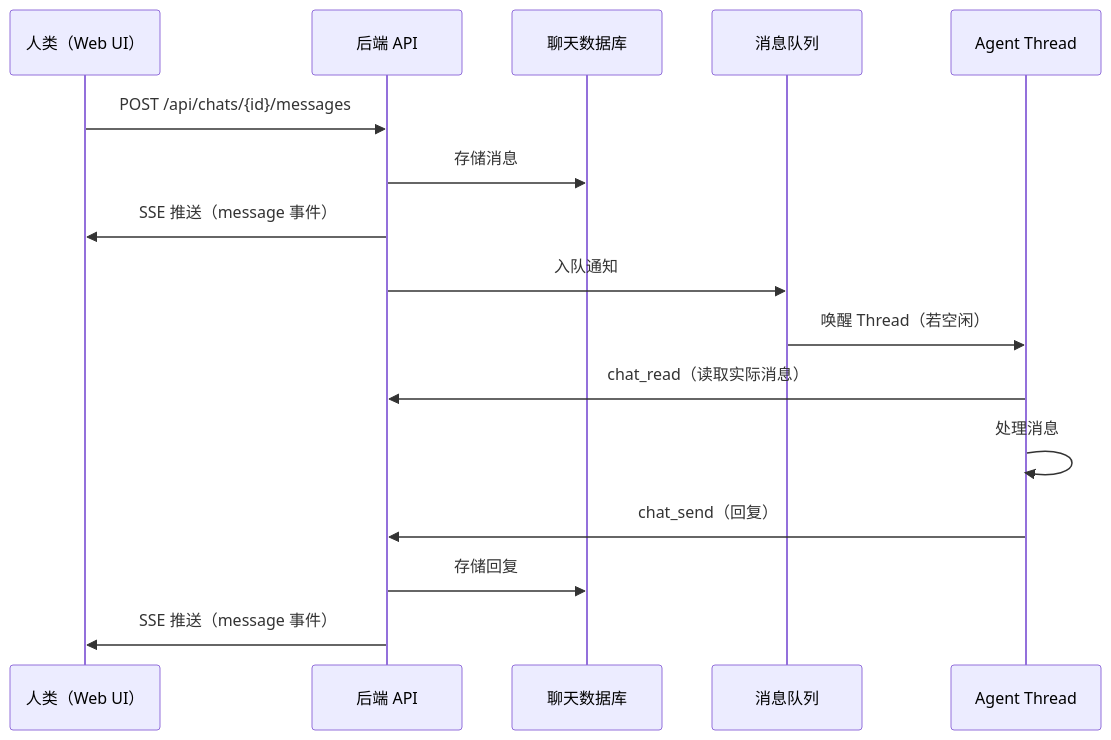
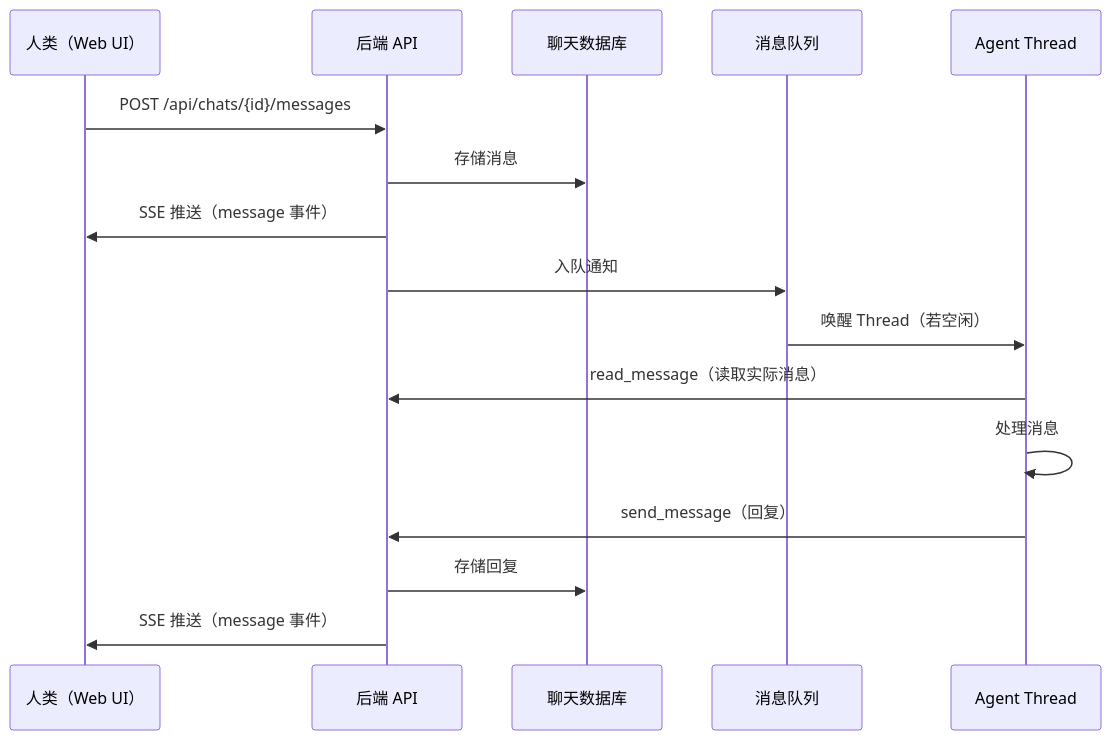
Before and after one commit to OpenDCAI/Mycel: the second of 2 diagrams in docs/zh/multi-agent-chat.mdx, drawn with Mermaid. The commit also changed other lines of this file and 28 other files, not shown here.

````diff
--- a/docs/zh/multi-agent-chat.mdx
+++ b/docs/zh/multi-agent-chat.mdx
@@ -110,19 +110,19 @@
 ```mermaid
 sequenceDiagram
     participant H as 人类（Web UI）
     participant API as 后端 API
     participant DB as 聊天数据库
     participant Q as 消息队列
     participant T as Agent Thread
 
     H->>API: POST /api/chats/{id}/messages
     API->>DB: 存储消息
     API->>H: SSE 推送（message 事件）
     API->>Q: 入队通知
     Q->>T: 唤醒 Thread（若空闲）
-    T->>API: chat_read（读取实际消息）
+    T->>API: read_message（读取实际消息）
     T->>T: 处理消息
-    T->>API: chat_send（回复）
+    T->>API: send_message（回复）
     API->>DB: 存储回复
     API->>H: SSE 推送（message 事件）
 ```
````
